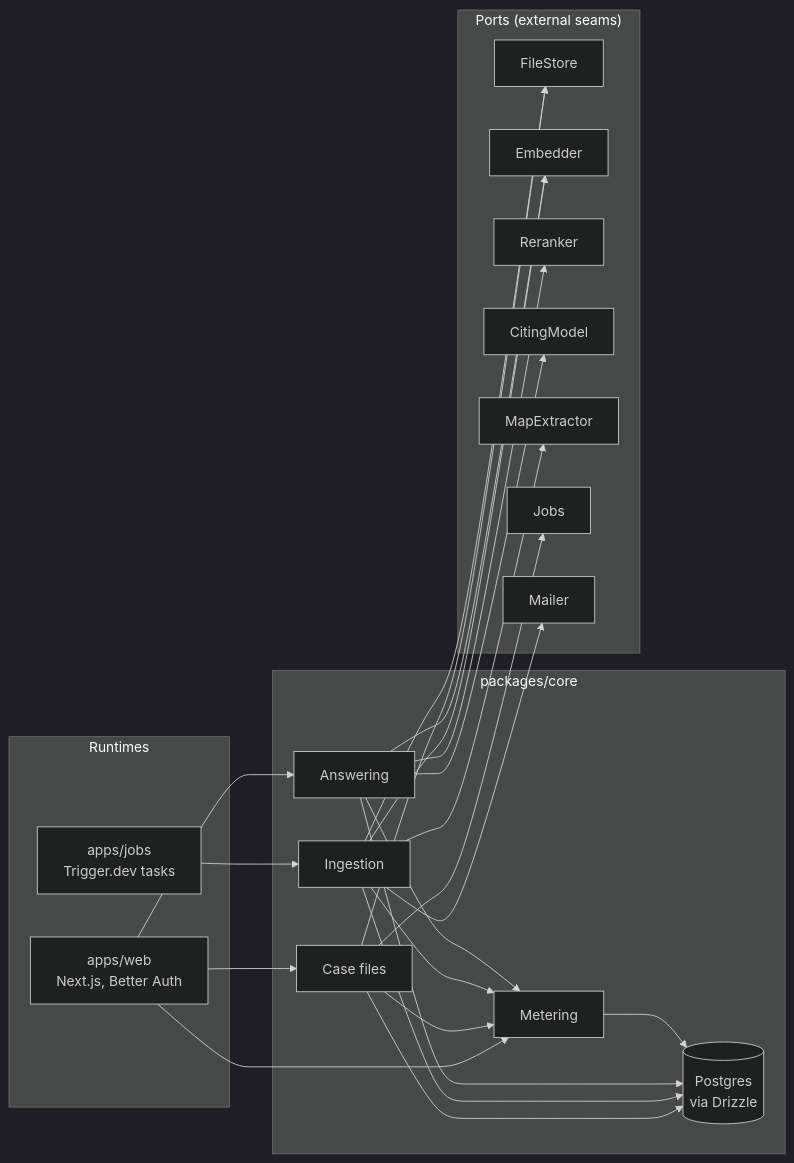
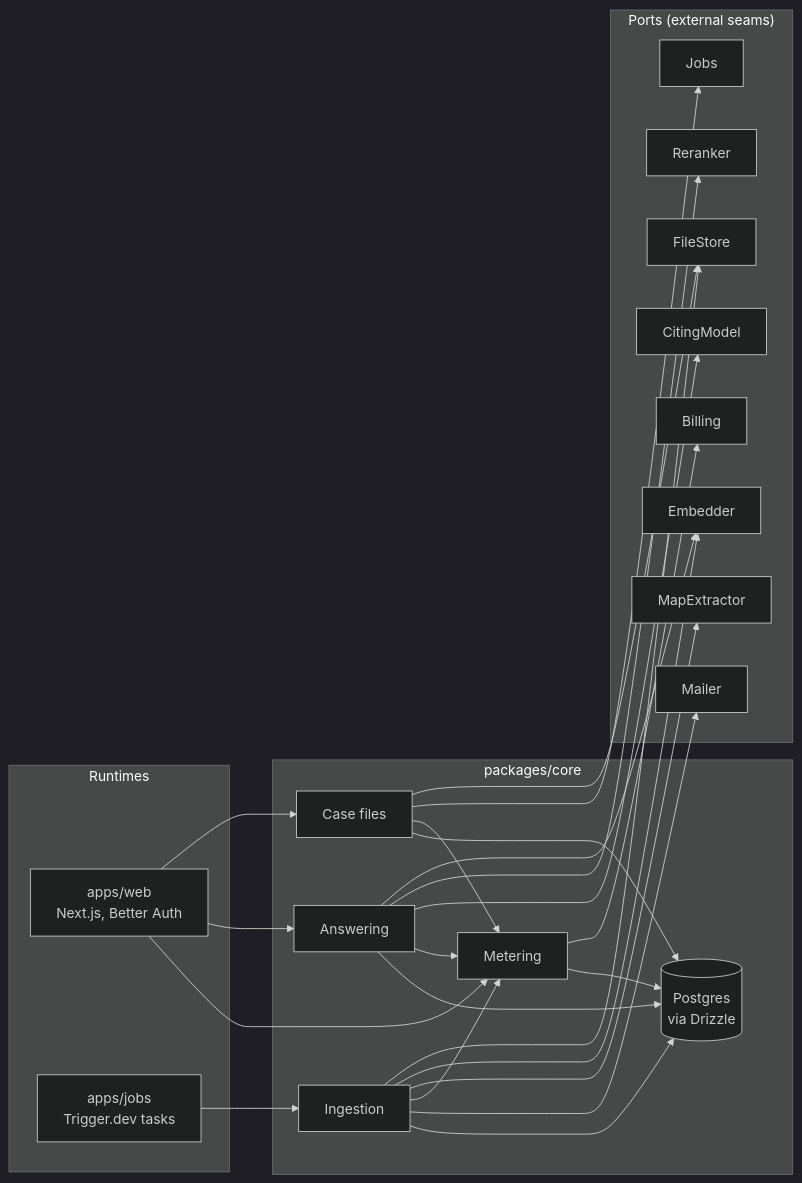
One commit to cleitonbalonekr/consta changed the first of 2 diagrams in docs/architecture.md. Above: the diagram before and after it, drawn with Mermaid (dark theme). The commit also changed other lines of this file and 78 other files, not shown here.

````diff
--- a/docs/architecture.md
+++ b/docs/architecture.md
@@ -9,43 +9,45 @@
 ```mermaid
 flowchart LR
   subgraph Runtimes
     WEB["apps/web<br/>Next.js, Better Auth"]
     JOBS["apps/jobs<br/>Trigger.dev tasks"]
   end
   subgraph Core["packages/core"]
     CF["Case files"]
     ING["Ingestion"]
     ANS["Answering"]
     MET["Metering"]
     DB[("Postgres<br/>via Drizzle")]
   end
   subgraph Ports["Ports (external seams)"]
     FS["FileStore"]
     EMB["Embedder"]
     RR["Reranker"]
     CM["CitingModel"]
     MX["MapExtractor"]
     JB["Jobs"]
     ML["Mailer"]
+    BIL["Billing"]
   end
   WEB --> CF
   WEB --> ANS
   WEB --> MET
   JOBS --> ING
   CF --> FS
   CF --> JB
   CF --> MET
   ING --> FS
   ING --> EMB
   ING --> MX
   ING --> MET
   ING --> ML
   ANS --> EMB
   ANS --> RR
   ANS --> CM
   ANS --> MET
   CF --> DB
   ING --> DB
   ANS --> DB
+  MET --> BIL
   MET --> DB
 ```
````
